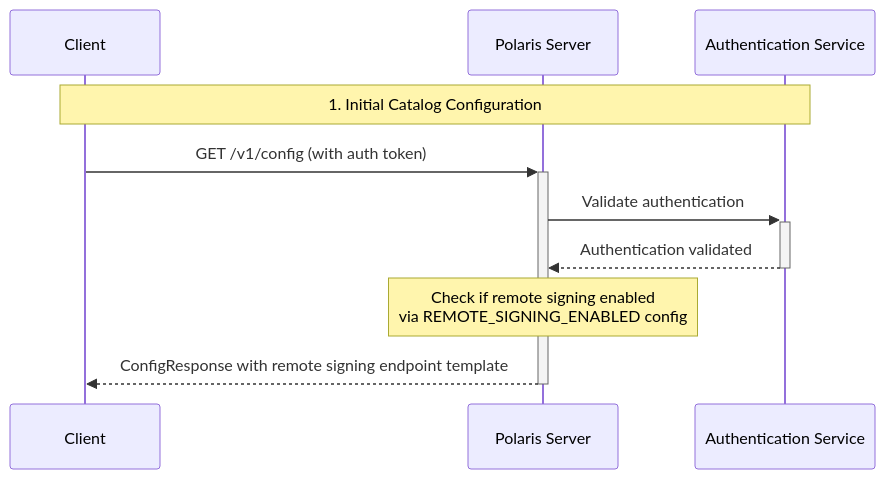
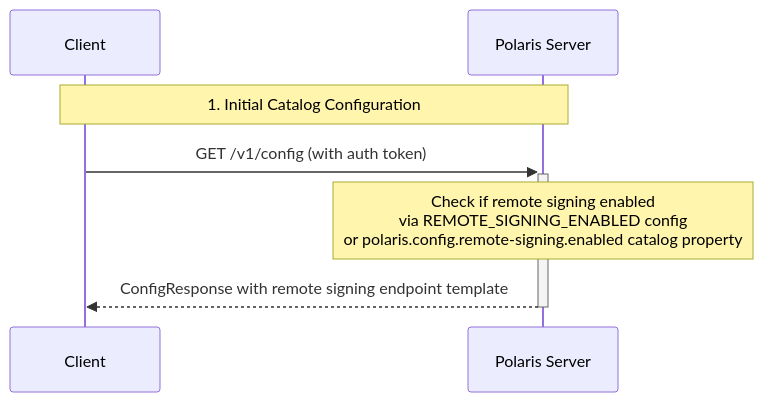
One commit to adutra/polaris changed the first of 4 diagrams in s3-remote-signing-sequence-diagram.md. Above: the diagram before and after it, drawn with Mermaid. The commit also changed other lines of this file, not shown here.

Commit message:
sequence diagram

````diff
--- a/s3-remote-signing-sequence-diagram.md
+++ b/s3-remote-signing-sequence-diagram.md
@@ -37,15 +37,12 @@
 ```mermaid
 sequenceDiagram
     participant Client
     participant PolarisServer as Polaris Server
-    participant AuthService as Authentication Service
 
-    Note over Client, AuthService: 1. Initial Catalog Configuration
+    Note over Client, PolarisServer: 1. Initial Catalog Configuration
     Client->>+PolarisServer: GET /v1/config (with auth token)
-    PolarisServer->>+AuthService: Validate authentication
-    AuthService-->>-PolarisServer: Authentication validated
     
-    Note over PolarisServer: Check if remote signing enabled<br/>via REMOTE_SIGNING_ENABLED config
+    Note over PolarisServer: Check if remote signing enabled<br/>via REMOTE_SIGNING_ENABLED config<br/>or polaris.config.remote-signing.enabled catalog property
     
     PolarisServer-->>-Client: ConfigResponse with remote signing endpoint template
 ```
````
